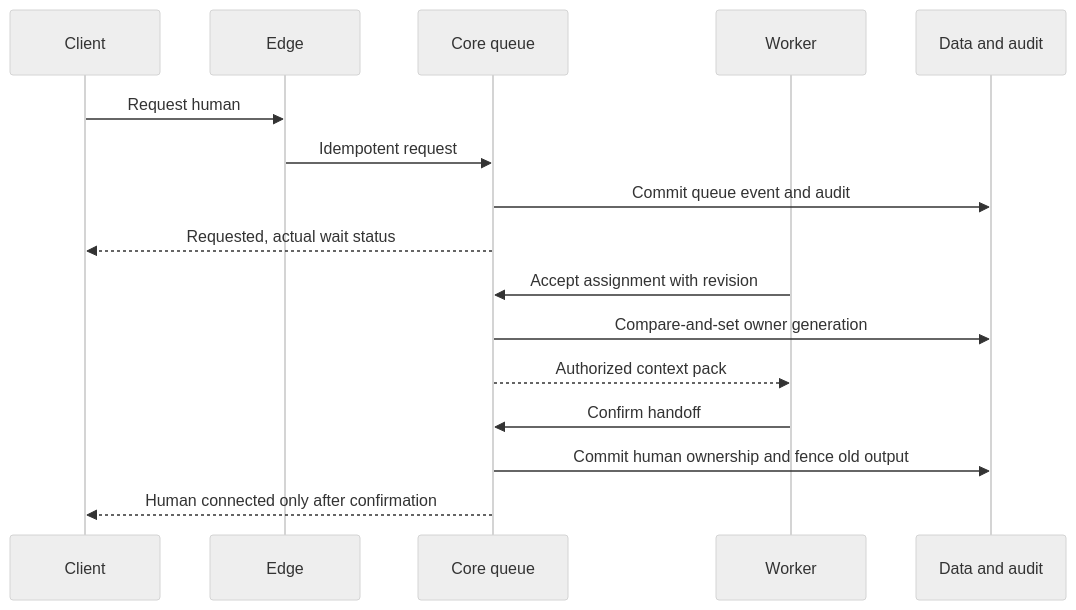
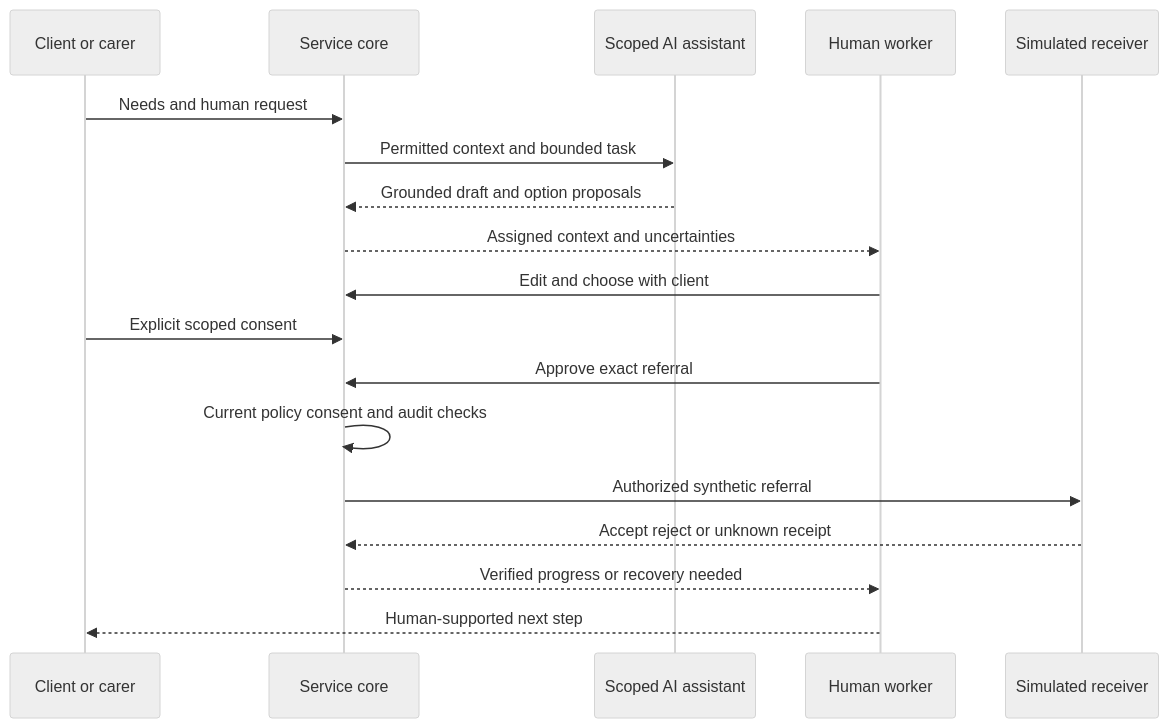
The diagram in doc/HLD/02-actors-and-service-workflows.md (zencodeai/care-link-demo), drawn with Mermaid (neutral theme) before and after one commit. The commit also changed other lines of this file and 11 other files, not shown here.

Commit message:
docs: revise HLD around architectural responsibilities and service flows

````diff
--- a/doc/HLD/02-actors-and-service-workflows.md
+++ b/doc/HLD/02-actors-and-service-workflows.md
@@ -31,18 +34,20 @@
 ```mermaid
 sequenceDiagram
-  participant C as Client
-  participant E as Edge
-  participant Q as Core queue
-  participant W as Worker
-  participant D as Data and audit
-  C->>E: Request human
-  E->>Q: Idempotent request
-  Q->>D: Commit queue event and audit
-  Q-->>C: Requested, actual wait status
-  W->>Q: Accept assignment with revision
-  Q->>D: Compare-and-set owner generation
-  Q-->>W: Authorized context pack
-  W->>Q: Confirm handoff
-  Q->>D: Commit human ownership and fence old output
-  Q-->>C: Human connected only after confirmation
+  participant C as Client or carer
+  participant S as Service core
+  participant A as Scoped AI assistant
+  participant W as Human worker
+  participant R as Simulated receiver
+  C->>S: Needs and human request
+  S->>A: Permitted context and bounded task
+  A-->>S: Grounded draft and option proposals
+  S-->>W: Assigned context and uncertainties
+  W->>S: Edit and choose with client
+  C->>S: Explicit scoped consent
+  W->>S: Approve exact referral
+  S->>S: Current policy consent and audit checks
+  S->>R: Authorized synthetic referral
+  R-->>S: Accept reject or unknown receipt
+  S-->>W: Verified progress or recovery needed
+  W-->>C: Human-supported next step
 ```
````
